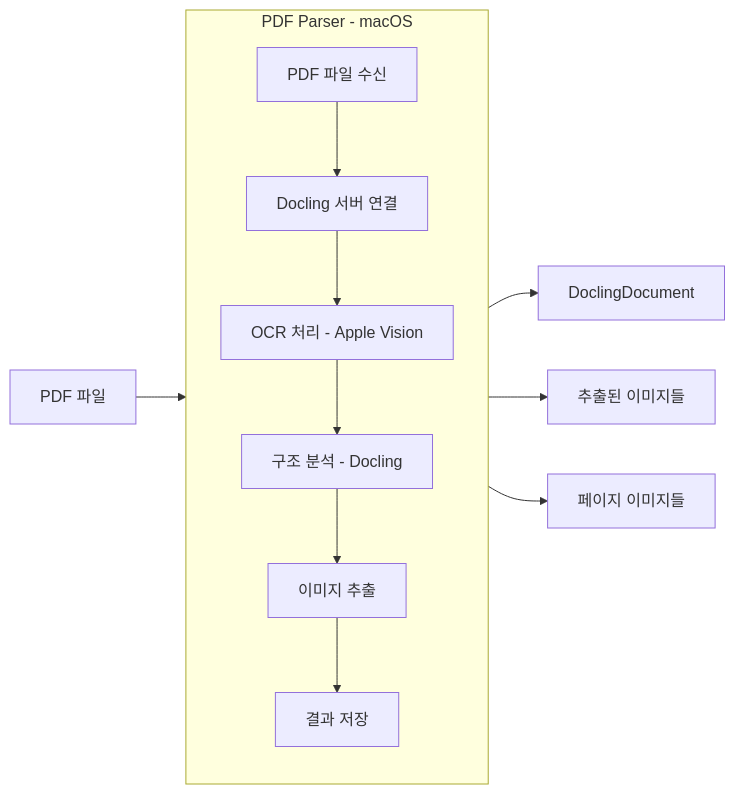
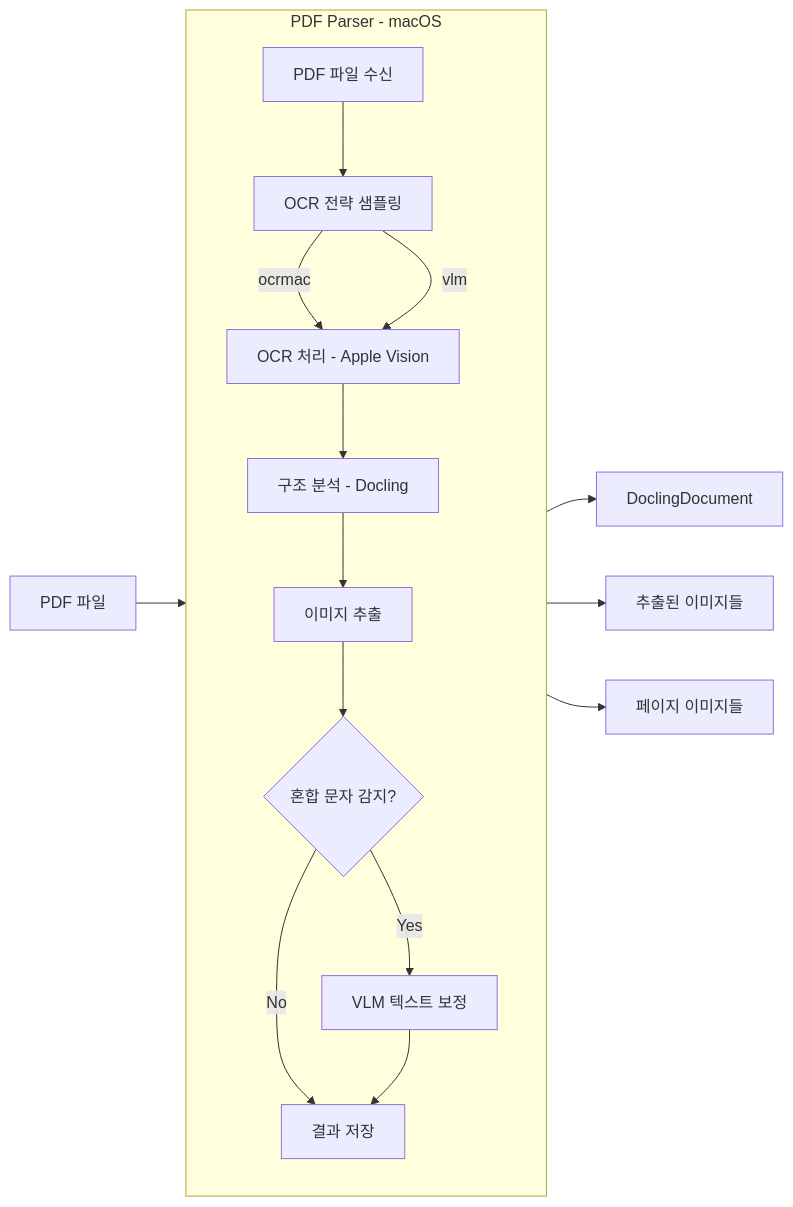
Before and after one commit to heripo-lab/heripo-engine: the third of 6 diagrams in docs/architecture.ko.md, drawn with Mermaid. The commit also changed other lines of this file and 97 other files, not shown here.

First line of the commit message:
feat(pdf-parser): add Hangul-Hanja mix detection with VLM fallback and enhanced LLM strategies (#25)

````diff
--- a/docs/architecture.ko.md
+++ b/docs/architecture.ko.md
@@ -166,16 +167,20 @@
 ```mermaid
 flowchart LR
     subgraph PDFParser[PDF Parser - macOS]
         direction TB
-        A[PDF 파일 수신] --> B[Docling 서버 연결]
-        B --> C[OCR 처리 - Apple Vision]
+        A[PDF 파일 수신] --> B[OCR 전략 샘플링]
+        B -->|ocrmac| C[OCR 처리 - Apple Vision]
+        B -->|vlm| C
         C --> D[구조 분석 - Docling]
         D --> E[이미지 추출]
-        E --> F[결과 저장]
+        E --> F{혼합 문자 감지?}
+        F -->|Yes| G[VLM 텍스트 보정]
+        F -->|No| H[결과 저장]
+        G --> H
     end
 
     PDF[PDF 파일] --> PDFParser
     PDFParser --> Doc[DoclingDocument]
     PDFParser --> Images[추출된 이미지들]
     PDFParser --> Pages[페이지 이미지들]
 ```
````
